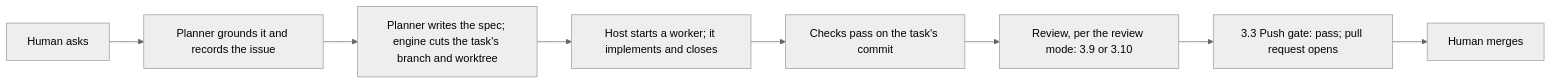
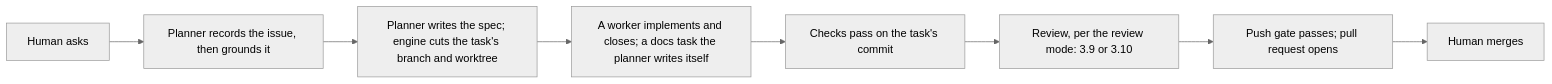
Before and after one commit to trustmybot/tmb: the sixth of 12 diagrams in docs/flows/FLOWS.md, drawn with Mermaid (neutral theme). The commit also changed other lines of this file and 6 other files, not shown here.

Commit message:
📝 docs: cut the flow list to the eleven high-level flows

````diff
--- a/docs/flows/FLOWS.md
+++ b/docs/flows/FLOWS.md
@@ -144,10 +124,10 @@
 ```mermaid
 flowchart LR
-    A["Human asks"] --> B["Planner grounds it and records the issue"]
+    A["Human asks"] --> B["Planner records the issue, then grounds it"]
     B --> C["Planner writes the spec; engine cuts the task's branch and worktree"]
-    C --> D["Host starts a worker; it implements and closes"]
+    C --> D["A worker implements and closes; a docs task the planner writes itself"]
     D --> E["Checks pass on the task's commit"]
     E --> F["Review, per the review mode: 3.9 or 3.10"]
-    F --> G["3.3 Push gate: pass; pull request opens"]
+    F --> G["Push gate passes; pull request opens"]
     G --> H["Human merges"]
 ```
````
